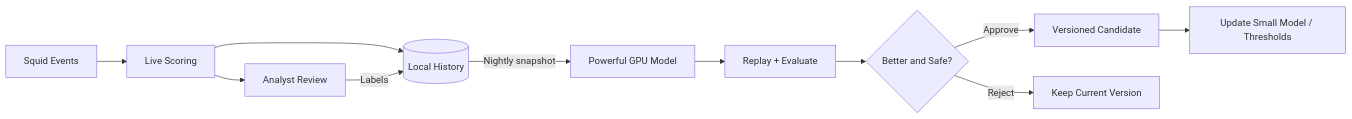
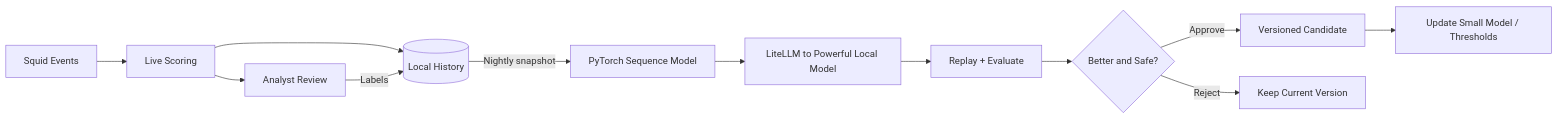
One commit to ric03uec/dell-x-nvidia-hackathon changed the second of 3 diagrams in docs/exfiltration-protection-architecture.md. Above: the diagram before and after it, drawn with Mermaid. The commit also changed other lines of this file, not shown here.

Commit message:
docs: route local models through LiteLLM

````diff
--- a/docs/exfiltration-protection-architecture.md
+++ b/docs/exfiltration-protection-architecture.md
@@ -263,13 +271,14 @@
 ```mermaid
 flowchart LR
     SQUID[Squid Events] --> LIVE[Live Scoring]
     LIVE --> STORE[(Local History)]
     LIVE --> REVIEW[Analyst Review]
     REVIEW -->|Labels| STORE
-    STORE -->|Nightly snapshot| GPU[Powerful GPU Model]
-    GPU --> TEST[Replay + Evaluate]
+    STORE -->|Nightly snapshot| GPU[PyTorch Sequence Model]
+    GPU --> LITELLM[LiteLLM to Powerful Local Model]
+    LITELLM --> TEST[Replay + Evaluate]
     TEST --> GATE{Better and Safe?}
     GATE -->|Approve| VERSION[Versioned Candidate]
     VERSION --> DEPLOY[Update Small Model / Thresholds]
     GATE -->|Reject| KEEP[Keep Current Version]
 ```
````
